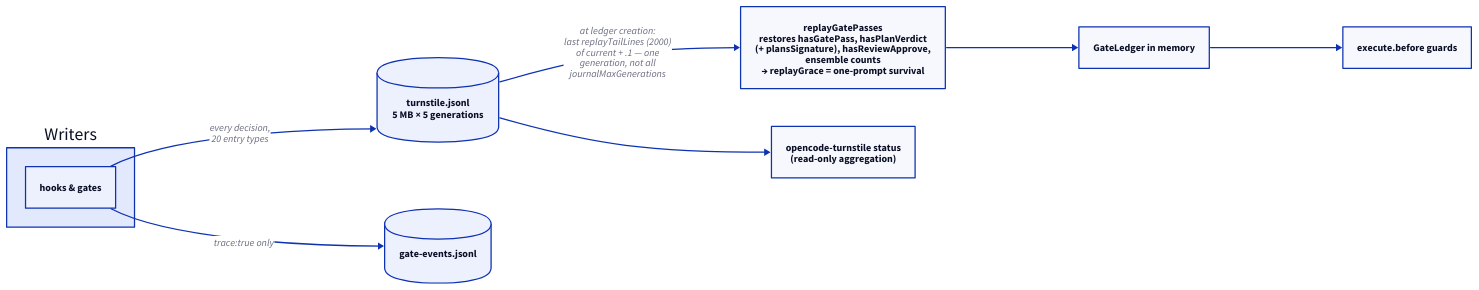
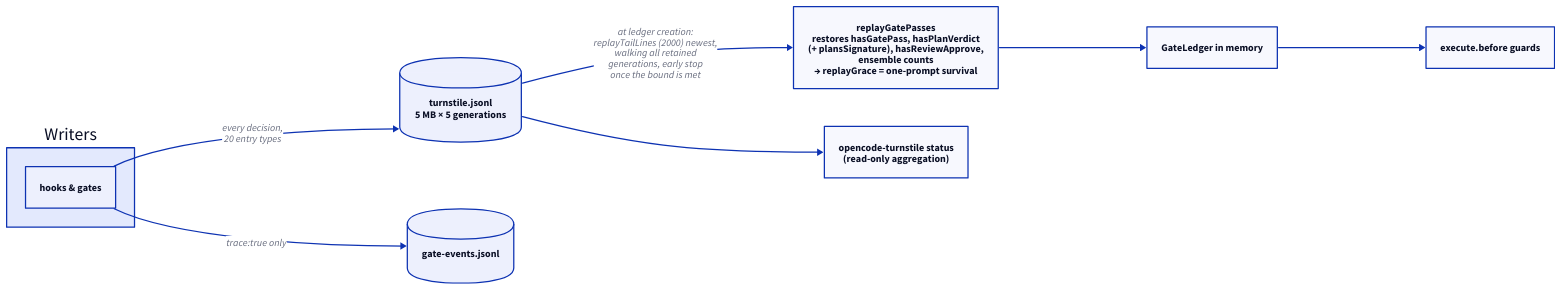
One commit to edseabolt/turnstile changed the diagram in docs/diagrams/d05-persistence.d2. Above: the diagram before and after it, drawn with D2. The commit also changed 10 other files, not shown here.

Commit message:
fix(ledger): validate replay input across retained generations

```diff
--- a/docs/diagrams/d05-persistence.d2
+++ b/docs/diagrams/d05-persistence.d2
@@ -1,24 +1,24 @@
 direction: right
 
 writers: "Writers" {
   hooks: "hooks & gates"
 }
 
 jsonl: "turnstile.jsonl\n5 MB × 5 generations" {
   shape: cylinder
 }
 trace: "gate-events.jsonl" {
   shape: cylinder
 }
 
 replay: "replayGatePasses\nrestores hasGatePass, hasPlanVerdict\n(+ plansSignature), hasReviewApprove,\nensemble counts\n→ replayGrace = one-prompt survival"
 ledger: "GateLedger in memory"
 enforce: "execute.before guards"
 cli: "opencode-turnstile status\n(read-only aggregation)"
 
 writers.hooks -> jsonl: "every decision,\n20 entry types"
 writers.hooks -> trace: "trace:true only"
-jsonl -> replay: "at ledger creation:\nlast replayTailLines (2000)\nof current + .1 — one\ngeneration, not all\njournalMaxGenerations"
+jsonl -> replay: "at ledger creation:\nreplayTailLines (2000) newest,\nwalking all retained\ngenerations, early stop\nonce the bound is met"
 replay -> ledger
 ledger -> enforce
 jsonl -> cli
```
